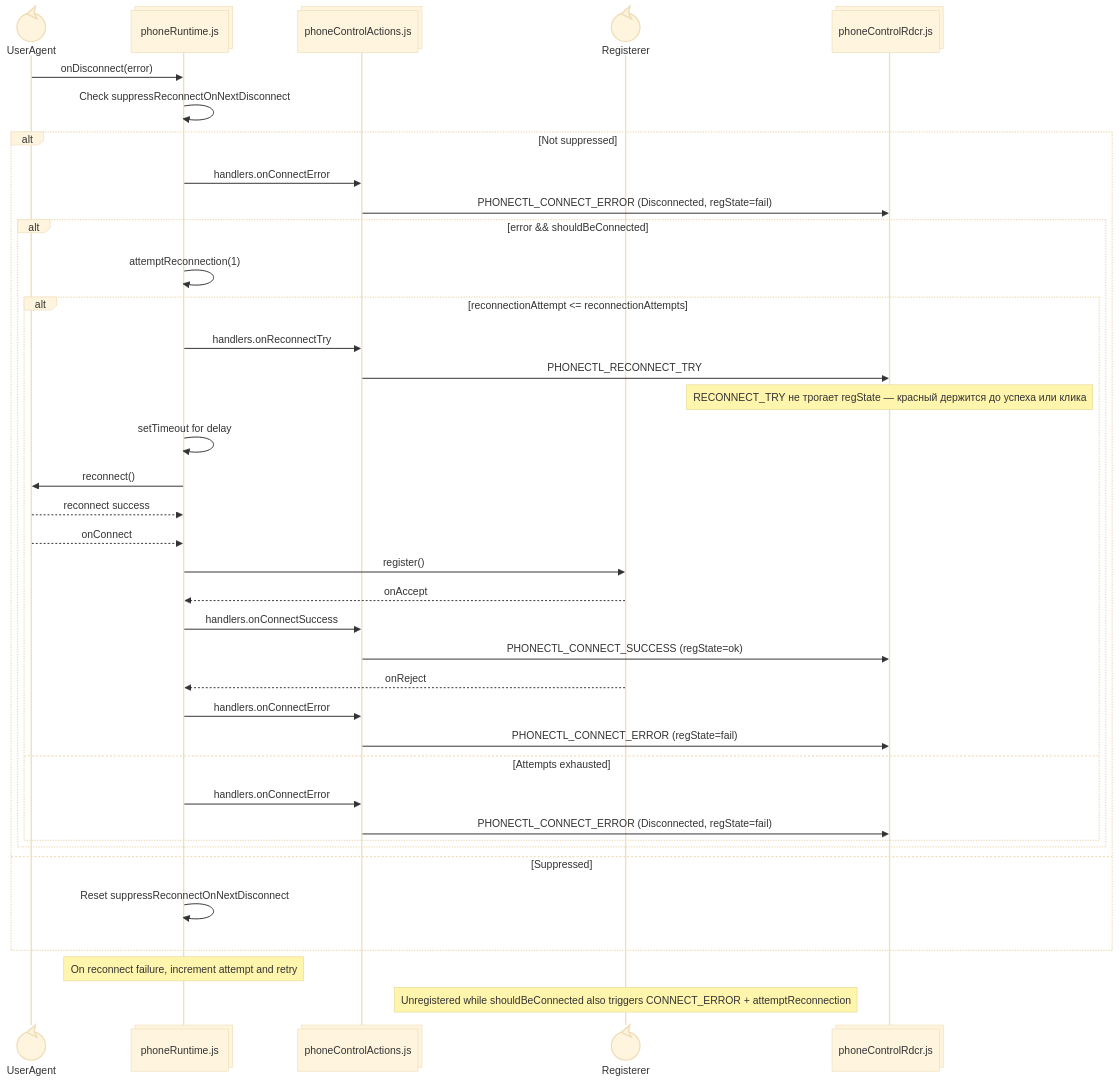
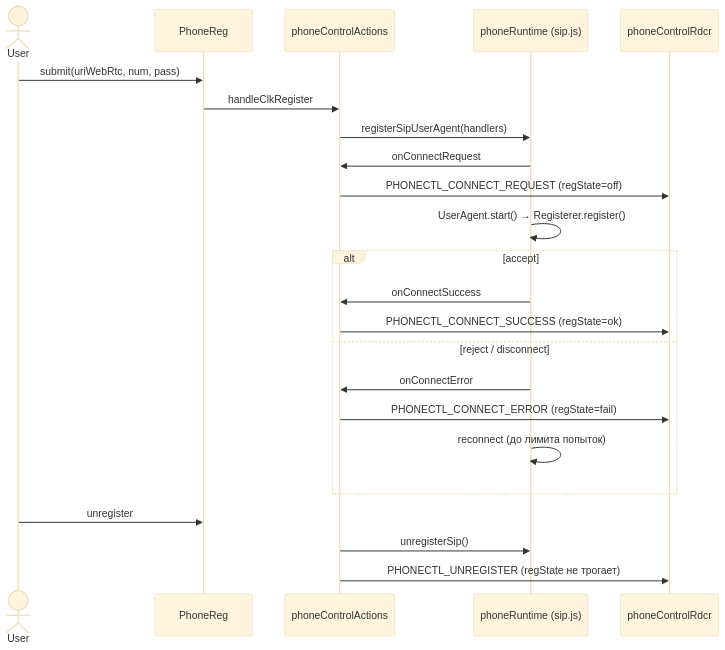
The third of 4 diagrams in docs/STATE.md (ars-anosov/sipjs-react), drawn with Mermaid (base theme) before and after one commit. The commit also changed other lines of this file and 24 other files, not shown here.

````diff
--- a/docs/STATE.md
+++ b/docs/STATE.md
@@ -215,41 +50,26 @@
 ```mermaid
 sequenceDiagram
-  participant UserAgent@{ "type" : "control" }
-  participant Runtime@{ "type" : "collections", "alias": "phoneRuntime.js" }
-  participant Action@{ "type" : "collections", "alias": "phoneControlActions.js" }
-  participant Registerer@{ "type" : "control" }
-  participant Dispatch@{ "type" : "collections", "alias": "phoneControlRdcr.js" }
+  actor User
+  participant PhoneReg
+  participant Action as phoneControlActions
+  participant Runtime as phoneRuntime (sip.js)
+  participant Rdcr as phoneControlRdcr
 
-  UserAgent->>Runtime: onDisconnect(error)
-  Runtime->>Runtime: Check suppressReconnectOnNextDisconnect
-  alt Not suppressed
-    Runtime->>Action: handlers.onConnectError
-    Action->>Dispatch: PHONECTL_CONNECT_ERROR (Disconnected, regState=fail)
-    alt error && shouldBeConnected
-      Runtime->>Runtime: attemptReconnection(1)
-      alt reconnectionAttempt <= reconnectionAttempts
-        Runtime->>Action: handlers.onReconnectTry
-        Action->>Dispatch: PHONECTL_RECONNECT_TRY
-        Note over Dispatch: RECONNECT_TRY не трогает regState — красный держится до успеха или клика
-        Runtime->>Runtime: setTimeout for delay
-        Runtime->>UserAgent: reconnect()
-        UserAgent-->>Runtime: reconnect success
-        UserAgent-->>Runtime: onConnect
-        Runtime->>Registerer: register()
-        Registerer-->>Runtime: onAccept
-        Runtime->>Action: handlers.onConnectSuccess
-        Action->>Dispatch: PHONECTL_CONNECT_SUCCESS (regState=ok)
-        Registerer-->>Runtime: onReject
-        Runtime->>Action: handlers.onConnectError
-        Action->>Dispatch: PHONECTL_CONNECT_ERROR (regState=fail)
-      else Attempts exhausted
-        Runtime->>Action: handlers.onConnectError
-        Action->>Dispatch: PHONECTL_CONNECT_ERROR (Disconnected, regState=fail)
-      end
-    end
-  else Suppressed
-    Runtime->>Runtime: Reset suppressReconnectOnNextDisconnect
+  User->>PhoneReg: submit(uriWebRtc, num, pass)
+  PhoneReg->>Action: handleClkRegister
+  Action->>Runtime: registerSipUserAgent(handlers)
+  Runtime->>Action: onConnectRequest
+  Action->>Rdcr: PHONECTL_CONNECT_REQUEST (regState=off)
+  Runtime->>Runtime: UserAgent.start() → Registerer.register()
+  alt accept
+    Runtime->>Action: onConnectSuccess
+    Action->>Rdcr: PHONECTL_CONNECT_SUCCESS (regState=ok)
+  else reject / disconnect
+    Runtime->>Action: onConnectError
+    Action->>Rdcr: PHONECTL_CONNECT_ERROR (regState=fail)
+    Runtime->>Runtime: reconnect (до лимита попыток)
   end
-  Note over Runtime: On reconnect failure, increment attempt and retry
-  Note over Registerer: Unregistered while shouldBeConnected also triggers CONNECT_ERROR + attemptReconnection
+  User->>PhoneReg: unregister
+  Action->>Runtime: unregisterSip()
+  Action->>Rdcr: PHONECTL_UNREGISTER (regState не трогает)
 ```
````
